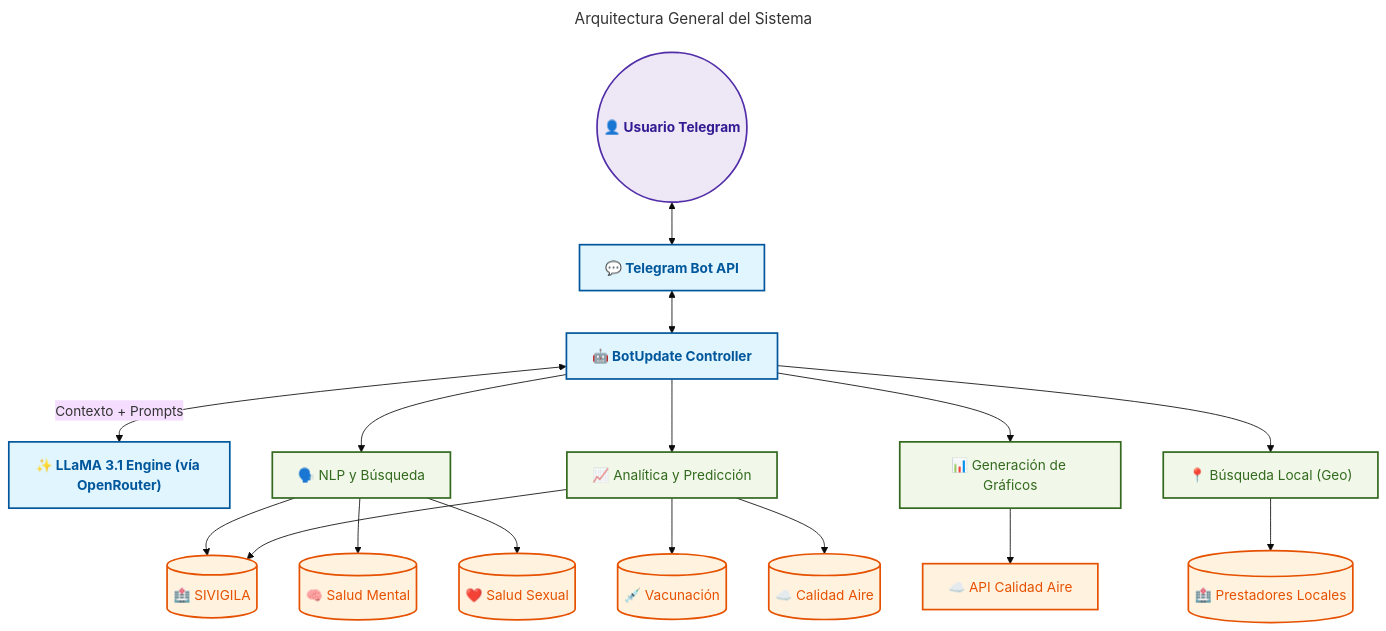
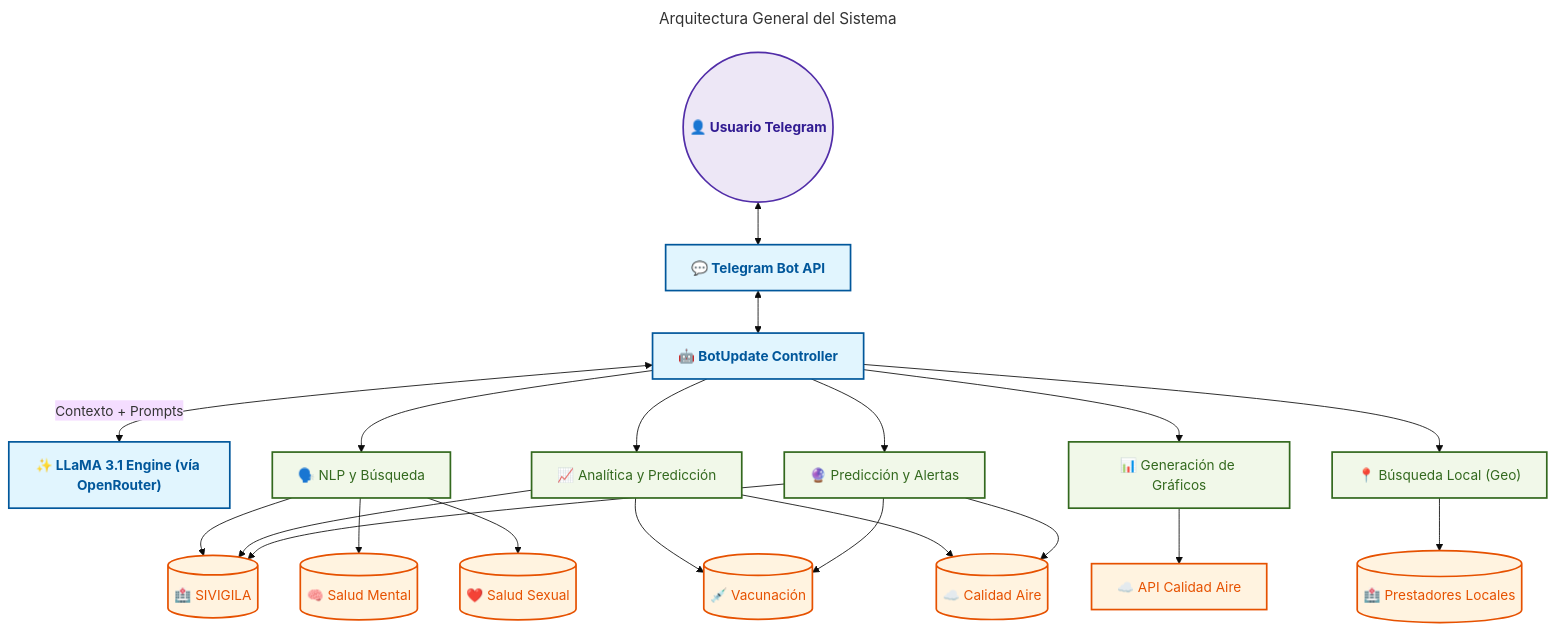
One commit to RubenDarioGuerreroNeira/Ecosistema-IA-Colombia changed the second of 2 diagrams in README.md. Above: the diagram before and after it, drawn with Mermaid (base theme). The commit also changed other lines of this file and 11 other files, not shown here.

````diff
--- a/README.md
+++ b/README.md
@@ -96,30 +99,34 @@
 ```mermaid
 ---
 title: Arquitectura General del Sistema
 ---
 flowchart TD
     classDef core fill:#e1f5fe,stroke:#01579b,stroke-width:2px,color:#01579b,font-weight:bold
     classDef logic fill:#f1f8e9,stroke:#33691e,stroke-width:2px,color:#33691e
     classDef data fill:#fff3e0,stroke:#e65100,stroke-width:2px,color:#e65100
     classDef user fill:#ede7f6,stroke:#512da8,stroke-width:2px,color:#311b92,font-weight:bold
 
     User(("👤 Usuario Telegram")):::user <--> Telegram["💬 Telegram Bot API"]:::core
     Telegram <--> Bot["🤖 BotUpdate Controller"]:::core
     Bot <-->|Contexto + Prompts| AI["✨ LLaMA 3.1 Engine (vía OpenRouter)"]:::core
 
     Bot --> NLP["🗣️ NLP y Búsqueda"]:::logic
     Bot --> Stats["📈 Analítica y Predicción"]:::logic
     Bot --> Charts["📊 Generación de Gráficos"]:::logic
     Bot --> Geo["📍 Búsqueda Local (Geo)"]:::logic
+    Bot --> Predictions["🔮 Predicción y Alertas"]:::logic
 
     NLP --> SIVIGILA[("🏥 SIVIGILA")]:::data
     NLP --> Mental[("🧠 Salud Mental")]:::data
     NLP --> Sexual[("❤️ Salud Sexual")]:::data
 
     Stats --> SIVIGILA
     Stats --> PAI[("💉 Vacunación")]:::data
     Stats --> AirQuality[("☁️ Calidad Aire")]:::data
+    Predictions --> SIVIGILA
+    Predictions --> PAI[("💉 Vacunación")]:::data
+    Predictions --> AirQuality[("☁️ Calidad Aire")]:::data
 
     Charts --> Air["☁️ API Calidad Aire"]:::data
     Geo --> Local[("🏥 Prestadores Locales")]:::data
 ```
````
